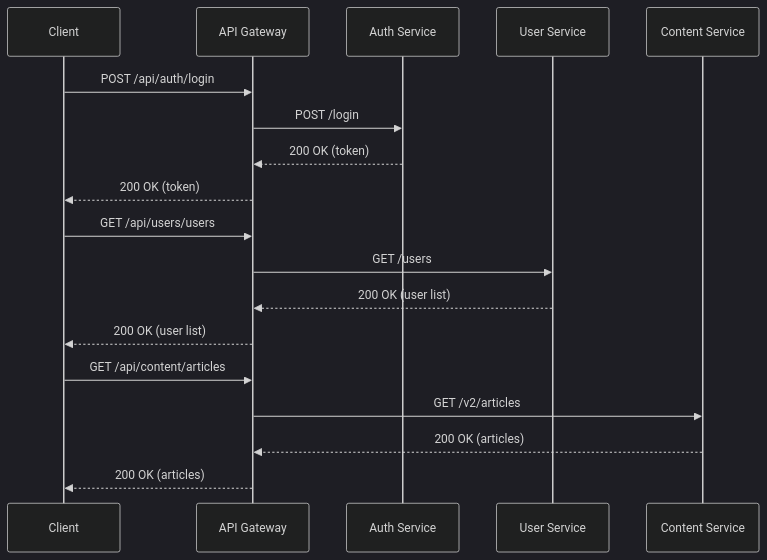
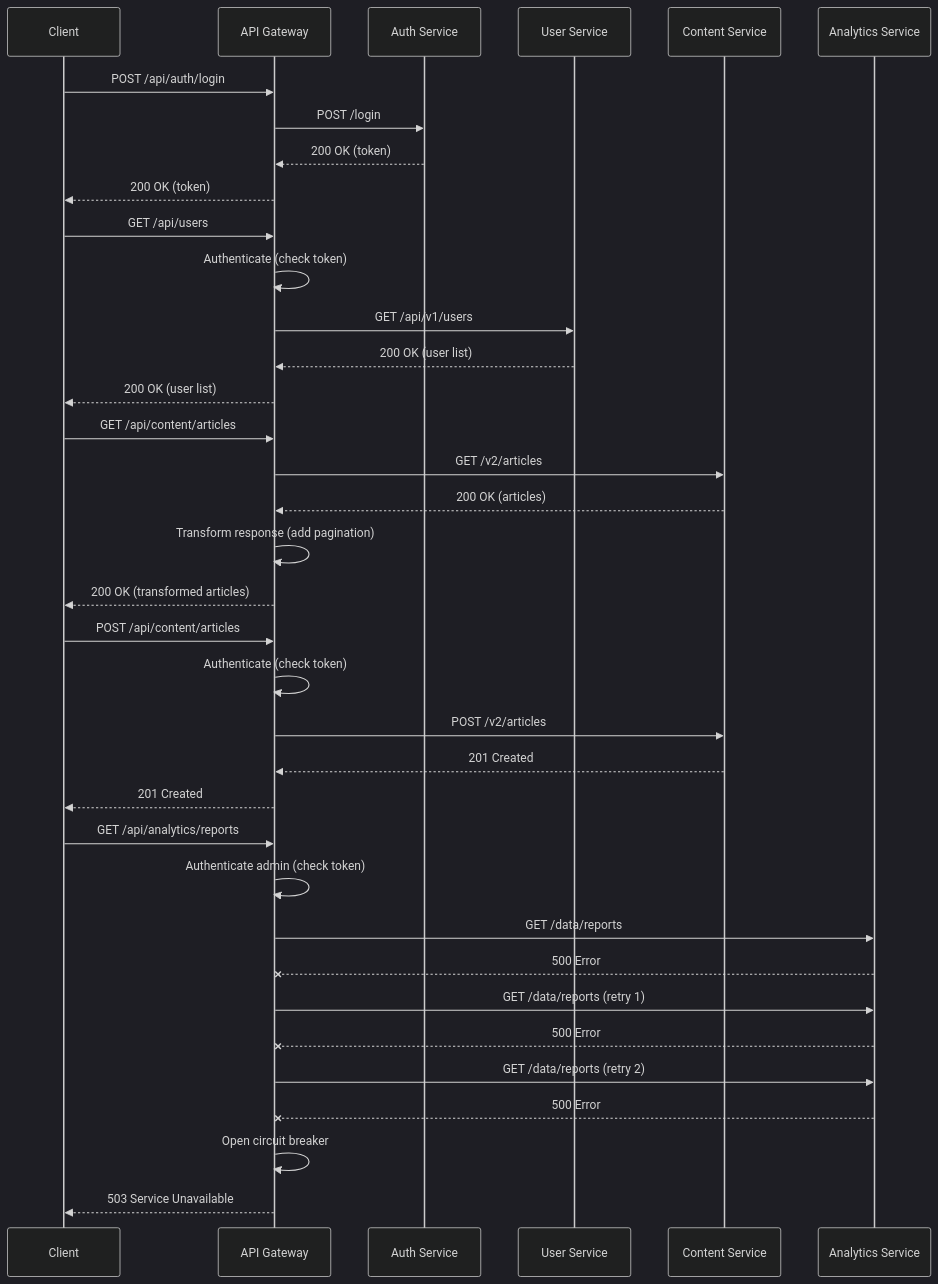
The fifth of 20 diagrams in docs/TUTORIALS.md (erfianugrah/api-gateway-workers), drawn with Mermaid (dark theme) before and after one commit. The commit also changed other lines of this file and 1 other file, not shown here.

````diff
--- a/docs/TUTORIALS.md
+++ b/docs/TUTORIALS.md
@@ -443,23 +1151,43 @@
 ```mermaid
 sequenceDiagram
     participant Client as Client
     participant Gateway as API Gateway
     participant Auth as Auth Service
     participant User as User Service
     participant Content as Content Service
+    participant Analytics as Analytics Service
     
     Client->>Gateway: POST /api/auth/login
     Gateway->>Auth: POST /login
     Auth-->>Gateway: 200 OK (token)
     Gateway-->>Client: 200 OK (token)
     
-    Client->>Gateway: GET /api/users/users
-    Gateway->>User: GET /users
+    Client->>Gateway: GET /api/users
+    Gateway->>Gateway: Authenticate (check token)
+    Gateway->>User: GET /api/v1/users
     User-->>Gateway: 200 OK (user list)
     Gateway-->>Client: 200 OK (user list)
     
     Client->>Gateway: GET /api/content/articles
     Gateway->>Content: GET /v2/articles
     Content-->>Gateway: 200 OK (articles)
-    Gateway-->>Client: 200 OK (articles)
+    Gateway->>Gateway: Transform response (add pagination)
+    Gateway-->>Client: 200 OK (transformed articles)
+    
+    Client->>Gateway: POST /api/content/articles
+    Gateway->>Gateway: Authenticate (check token)
+    Gateway->>Content: POST /v2/articles
+    Content-->>Gateway: 201 Created
+    Gateway-->>Client: 201 Created
+    
+    Client->>Gateway: GET /api/analytics/reports
+    Gateway->>Gateway: Authenticate admin (check token)
+    Gateway->>Analytics: GET /data/reports
+    Analytics--xGateway: 500 Error
+    Gateway->>Analytics: GET /data/reports (retry 1)
+    Analytics--xGateway: 500 Error
+    Gateway->>Analytics: GET /data/reports (retry 2)
+    Analytics--xGateway: 500 Error
+    Gateway->>Gateway: Open circuit breaker
+    Gateway-->>Client: 503 Service Unavailable
 ```
````
